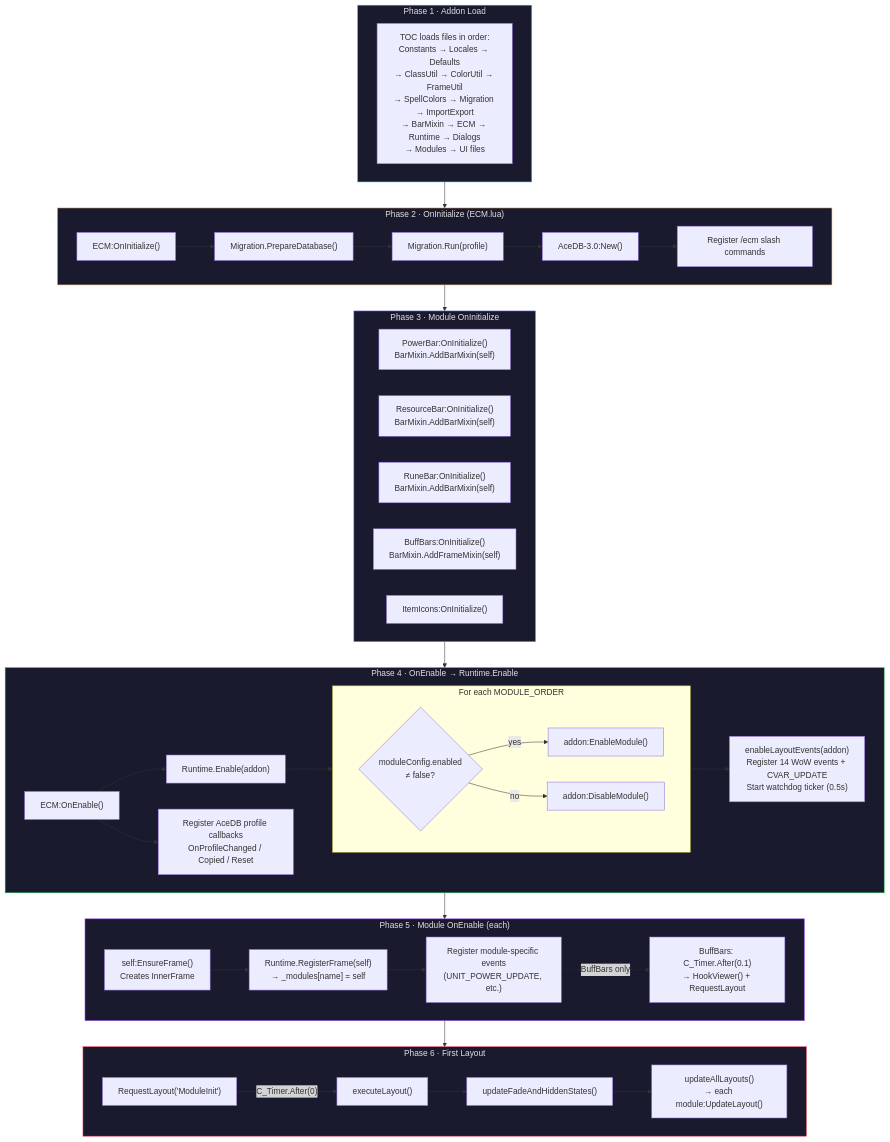
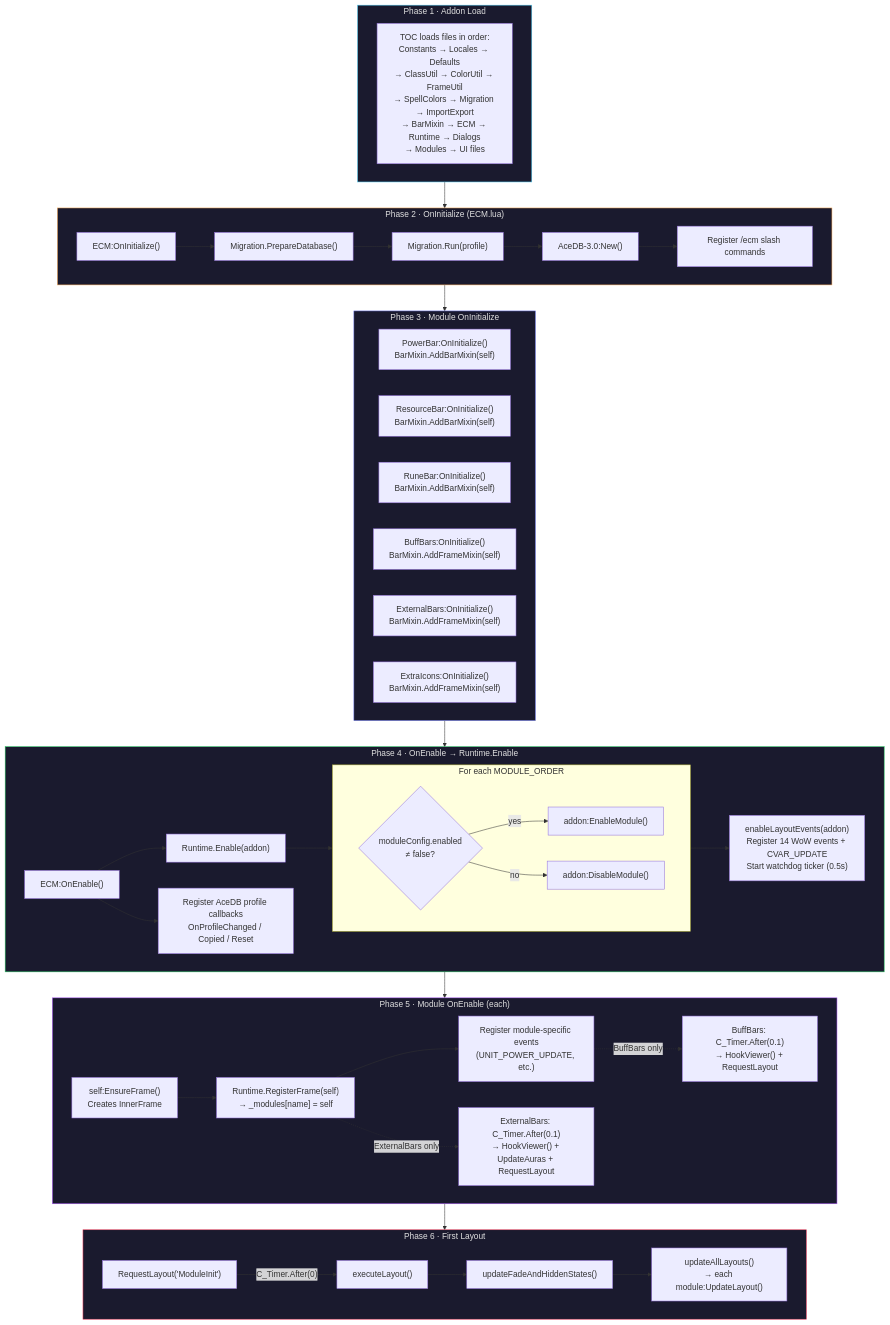
Before and after one commit to argium/EnhancedCooldownManager: the second of 4 diagrams in ARCHITECTURE.md, drawn with Mermaid. The commit also changed other lines of this file and 123 other files, not shown here.

First line of the commit message:
Custom spell and item icons and external defensive bars (#90)

````diff
--- a/ARCHITECTURE.md
+++ b/ARCHITECTURE.md
@@ -10,69 +61,72 @@
 ```mermaid
 flowchart TD
     subgraph LOAD["Phase 1 · Addon Load"]
         TOC["TOC loads files in order:<br/>Constants → Locales → Defaults<br/>→ ClassUtil → ColorUtil → FrameUtil<br/>→ SpellColors → Migration → ImportExport<br/>→ BarMixin → ECM → Runtime → Dialogs<br/>→ Modules → UI files"]
     end
 
     subgraph INIT["Phase 2 · OnInitialize (ECM.lua)"]
         ECM_INIT["ECM:OnInitialize()"]
         MIG_PREP["Migration.PrepareDatabase()"]
         MIG_RUN["Migration.Run(profile)"]
         ACE_DB["AceDB-3.0:New()"]
         SLASH["Register /ecm slash commands"]
         ECM_INIT --> MIG_PREP --> MIG_RUN --> ACE_DB --> SLASH
     end
 
     subgraph MOD_INIT["Phase 3 · Module OnInitialize"]
         PB_INIT["PowerBar:OnInitialize()<br/>BarMixin.AddBarMixin(self)"]
         RB_INIT["ResourceBar:OnInitialize()<br/>BarMixin.AddBarMixin(self)"]
         RUNE_INIT["RuneBar:OnInitialize()<br/>BarMixin.AddBarMixin(self)"]
         BB_INIT["BuffBars:OnInitialize()<br/>BarMixin.AddFrameMixin(self)"]
-        II_INIT["ItemIcons:OnInitialize()"]
+        EB_INIT["ExternalBars:OnInitialize()<br/>BarMixin.AddFrameMixin(self)"]
+        II_INIT["ExtraIcons:OnInitialize()<br/>BarMixin.AddFrameMixin(self)"]
     end
 
     subgraph ENABLE["Phase 4 · OnEnable → Runtime.Enable"]
         ECM_EN["ECM:OnEnable()"]
         RT_EN["Runtime.Enable(addon)"]
         PROF_CB["Register AceDB profile callbacks<br/>OnProfileChanged / Copied / Reset"]
 
         subgraph MOD_EN["For each MODULE_ORDER"]
             direction LR
             CHECK{"moduleConfig.enabled<br/>≠ false?"}
             DO_EN["addon:EnableModule()"]
             DO_DIS["addon:DisableModule()"]
             CHECK -->|yes| DO_EN
             CHECK -->|no| DO_DIS
         end
 
         LAYOUT_EV["enableLayoutEvents(addon)<br/>Register 14 WoW events + CVAR_UPDATE<br/>Start watchdog ticker (0.5s)"]
 
         ECM_EN --> RT_EN --> MOD_EN --> LAYOUT_EV
         ECM_EN --> PROF_CB
     end
 
     subgraph MOD_ENABLE["Phase 5 · Module OnEnable (each)"]
         ENSURE["self:EnsureFrame()<br/>Creates InnerFrame"]
         REG_FRAME["Runtime.RegisterFrame(self)<br/>→ _modules[name] = self"]
         REG_EVENTS["Register module-specific events<br/>(UNIT_POWER_UPDATE, etc.)"]
         HOOK_BB["BuffBars: C_Timer.After(0.1)<br/>→ HookViewer() + RequestLayout"]
+        HOOK_EB["ExternalBars: C_Timer.After(0.1)<br/>→ HookViewer() + UpdateAuras + RequestLayout"]
         ENSURE --> REG_FRAME --> REG_EVENTS
         REG_EVENTS -.->|BuffBars only| HOOK_BB
+        REG_FRAME -.->|ExternalBars only| HOOK_EB
     end
 
     subgraph FIRST["Phase 6 · First Layout"]
         REQ["RequestLayout('ModuleInit')"]
         EXEC["executeLayout()"]
         FADE["updateFadeAndHiddenStates()"]
         ALL_LAY["updateAllLayouts()<br/>→ each module:UpdateLayout()"]
         REQ -->|"C_Timer.After(0)"| EXEC --> FADE --> ALL_LAY
     end
 
     LOAD --> INIT --> MOD_INIT --> ENABLE --> MOD_ENABLE --> FIRST
 
     style LOAD fill:#1a1a2e,stroke:#4cc9f0,color:#e0e0e0
     style INIT fill:#1a1a2e,stroke:#f7a855,color:#e0e0e0
     style MOD_INIT fill:#1a1a2e,stroke:#7a84f7,color:#e0e0e0
     style ENABLE fill:#1a1a2e,stroke:#22c55e,color:#e0e0e0
     style MOD_ENABLE fill:#1a1a2e,stroke:#a855f7,color:#e0e0e0
     style FIRST fill:#1a1a2e,stroke:#f43f5e,color:#e0e0e0
 ```
````
